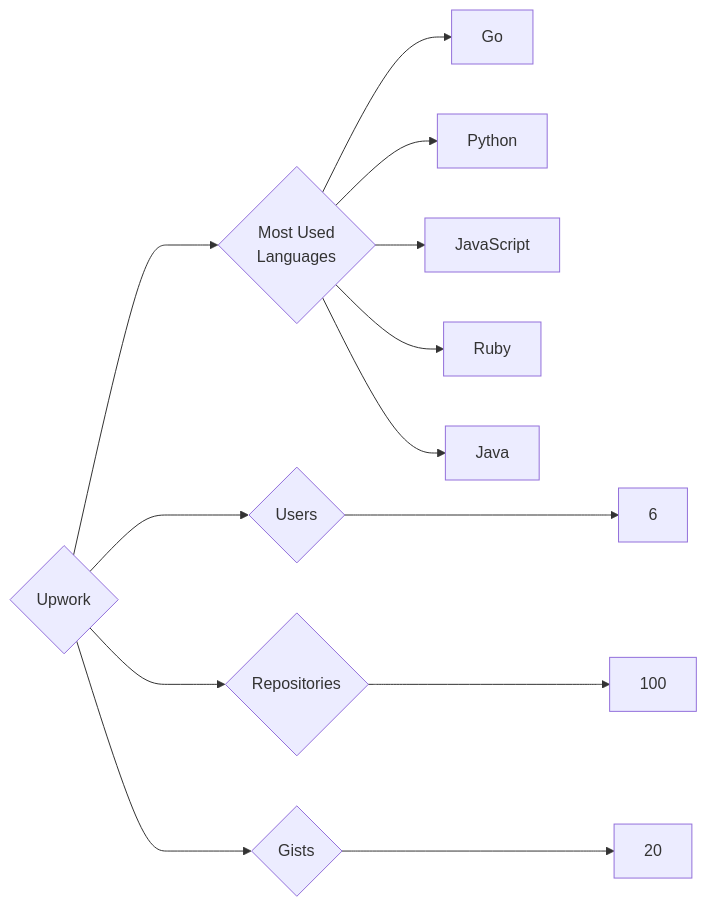
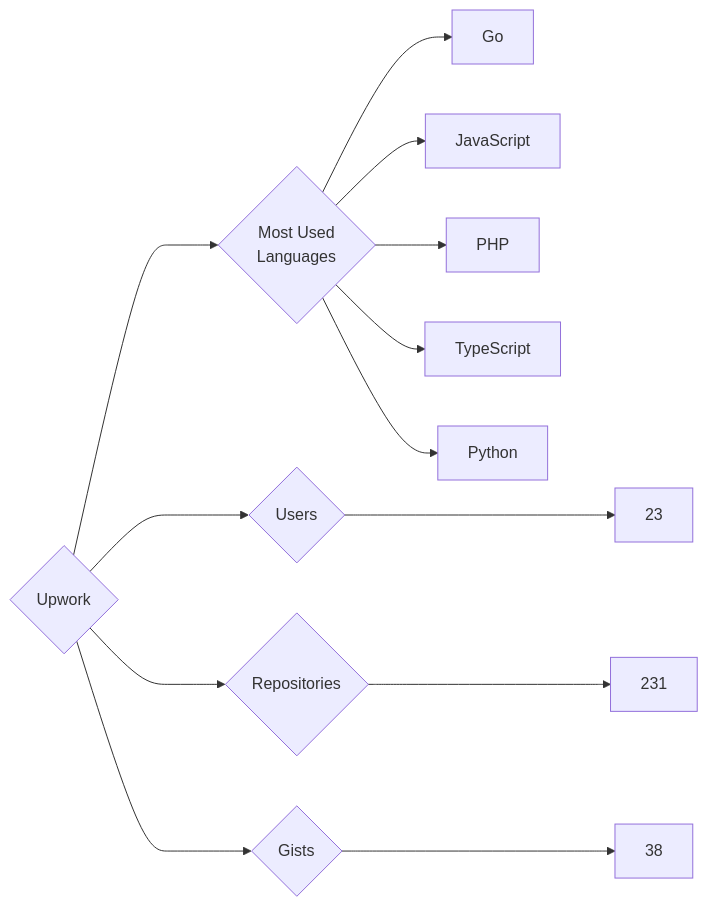
The diagram in targets/Upwork/README.md (trickest/insiders), drawn with Mermaid before and after one commit. The commit also changed 940 other files, not shown here.

````diff
--- a/targets/Upwork/README.md
+++ b/targets/Upwork/README.md
@@ -3,13 +3,13 @@
 ```mermaid
 graph LR
 COMPANY_NAME{Upwork}
-COMPANY_NAME ---> U{Users} ---> UN[6]
-COMPANY_NAME ---> R{Repositories} ---> RN[100]
-COMPANY_NAME ---> G{Gists} ---> GN[20]
+COMPANY_NAME ---> U{Users} ---> UN[23]
+COMPANY_NAME ---> R{Repositories} ---> RN[231]
+COMPANY_NAME ---> G{Gists} ---> GN[38]
 COMPANY_NAME ---> ML{Most Used<br>Languages}
 ML --> Go[Go]
+ML --> JavaScript[JavaScript]
+ML --> PHP[PHP]
+ML --> TypeScript[TypeScript]
 ML --> Python[Python]
-ML --> JavaScript[JavaScript]
-ML --> Ruby[Ruby]
-ML --> Java[Java]
 ```
````
